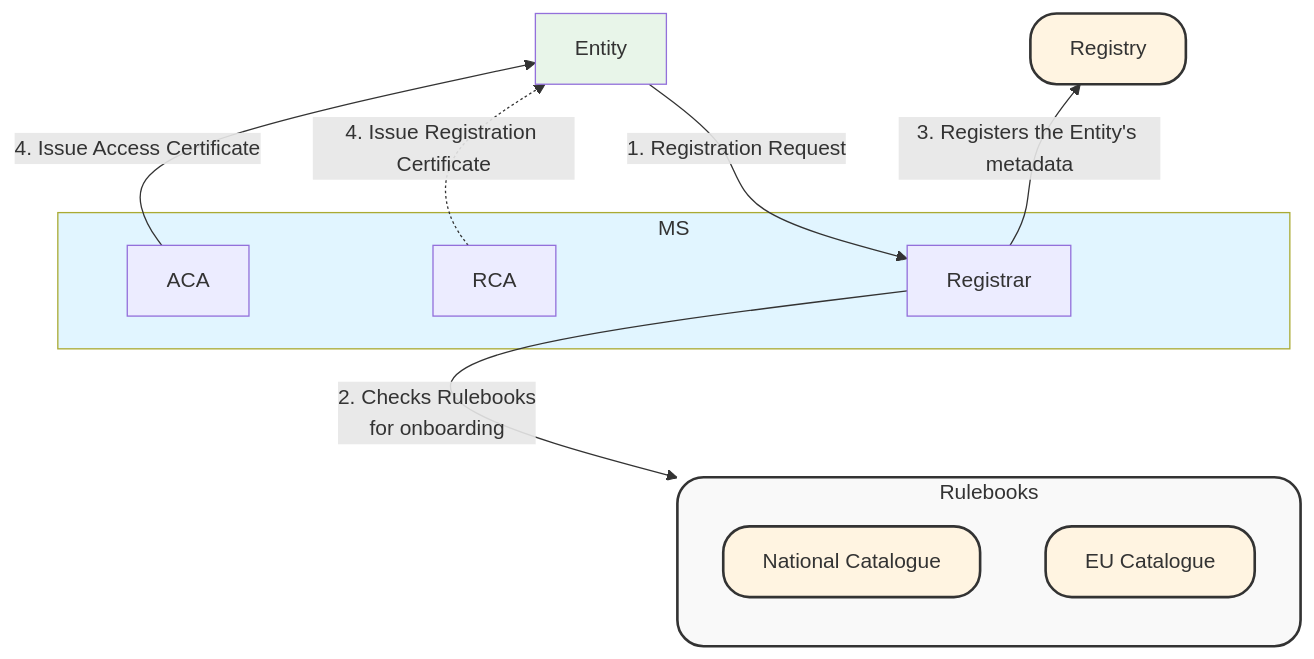
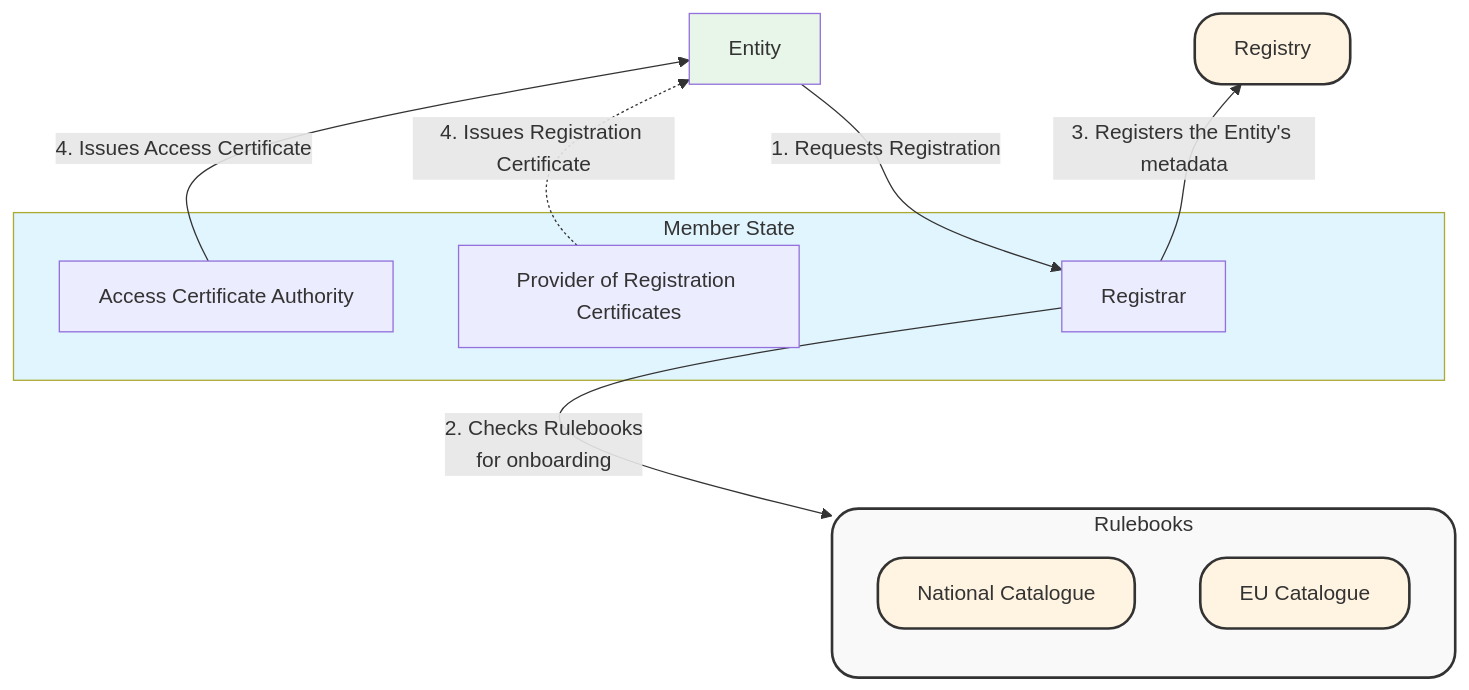
One commit to APTITUDE-Consortium/wp2-trust-specifications changed the first of 3 diagrams in topics/trust-architecture.md. Above: the diagram before and after it, drawn with Mermaid. The commit also changed other lines of this file, not shown here.

````diff
--- a/topics/trust-architecture.md
+++ b/topics/trust-architecture.md
@@ -64,38 +64,38 @@
 ```mermaid
 graph BT
-    subgraph MS
-        ACA
-        RCA
+    subgraph MS["Member State"]
+        ACA["Access Certificate Authority"]
+        RCA["Provider of Registration Certificates"]
         Registrar
     end
     Entity
 
     subgraph Cat["Rulebooks"]
         direction TB
         NC["National Catalogue"]
         EUC["EU Catalogue"] 
     end
 
     %% Skeleton
     Registrar ~~~ Entity
     ACA ~~~ Entity
     RCA ~~~ Entity
     MS ~~~ Entity
     Cat ~~~ Registrar
     Registrar ~~~ Registry
 
     %% Style
     style Cat fill:#f9f9f9,stroke:#333,stroke-width:2px,rx:20,ry:20
     style NC fill:#fff4e1,stroke:#333,stroke-width:2px,rx:20,ry:20
     style EUC fill:#fff4e1,stroke:#333,stroke-width:2px,rx:20,ry:20
     style Registry fill:#fff4e1,stroke:#333,stroke-width:2px,rx:20,ry:20
     style MS fill:#e1f5ff
     style Entity fill:#e8f5e9
 
     %% Arrows
-    Entity -->|1. Registration Request| Registrar
+    Entity -->|1. Requests Registration| Registrar
     Registrar -->|2. Checks Rulebooks </br>for onboarding| Cat
     Registrar -->|3. Registers the Entity's metadata| Registry
-    ACA -->|4. Issue Access Certificate| Entity
-    RCA -.->|4. Issue Registration Certificate| Entity
+    ACA -->|4. Issues Access Certificate| Entity
+    RCA -.->|4. Issues Registration Certificate| Entity
 ```
````
